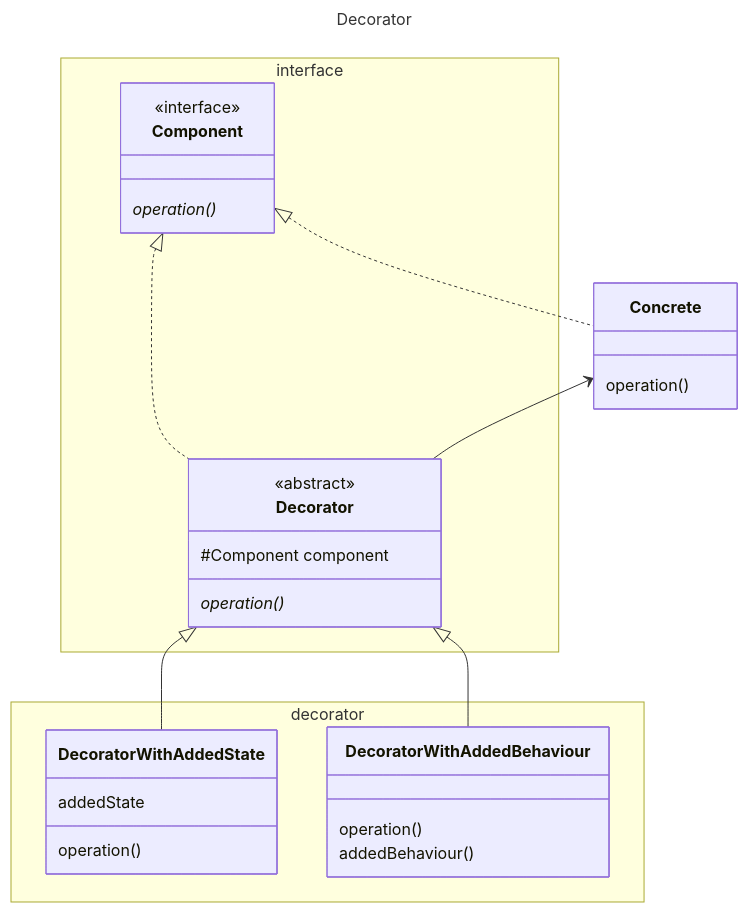
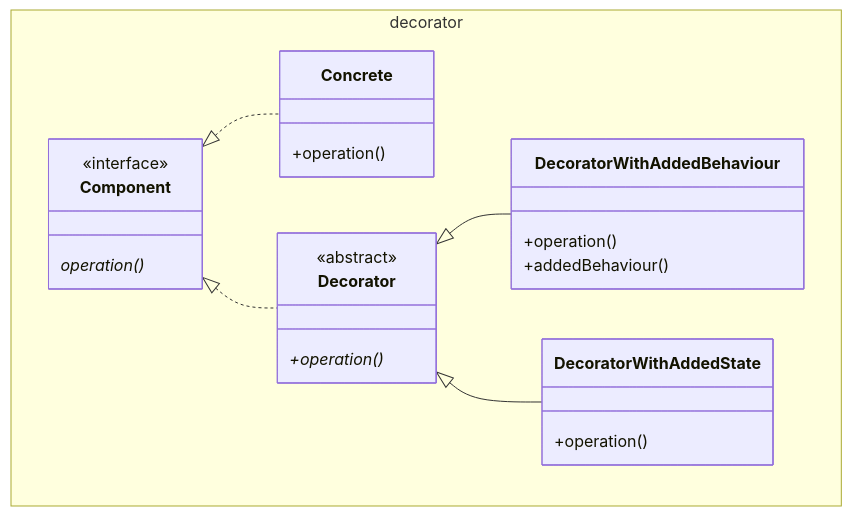
One commit to mtrigueira/JGoF changed the diagram in src/main/java/org/example/gof/structure/decorator/Decorator.md. Above: the diagram before and after it, drawn with Mermaid. The commit also changed other lines of this file and 1 other file, not shown here.

Commit message:
Edit Decorator.md add synonym and related patterns

````diff
--- a/src/main/java/org/example/gof/structure/decorator/Decorator.md
+++ b/src/main/java/org/example/gof/structure/decorator/Decorator.md
@@ -1,39 +5,28 @@
 ```mermaid
----
-title: Decorator
----
 classDiagram
-    namespace interface {
+    namespace decorator {
         class Component {
             <<interface>>
             operation()*
         }
+        class Concrete {
+            +operation()
+        }
         class Decorator {
             <<abstract>>
-            #Component component
-            operation()*
+            +operation()*
+        }
+        class DecoratorWithAddedBehaviour {
+            +operation()
+            +addedBehaviour()
+        }
+        class DecoratorWithAddedState {
+            +operation()
         }
     }
-    
-
-    class Concrete {
-        operation()
-    }
-    
-    namespace decorator {
-        class DecoratorWithAddedState {
-            addedState
-            operation()
-        }
-        class DecoratorWithAddedBehaviour {
-            operation()
-            addedBehaviour()
-        }
-    }
-
     Component <|.. Concrete
     Component <|.. Decorator
-    Concrete <-- Decorator
+    Decorator <|-- DecoratorWithAddedBehaviour
     Decorator <|-- DecoratorWithAddedState
-    Decorator <|-- DecoratorWithAddedBehaviour
+
 ```
````
